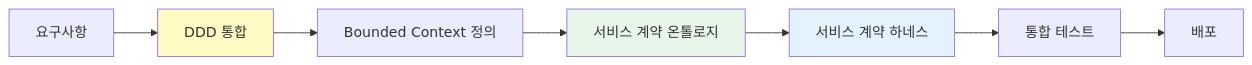
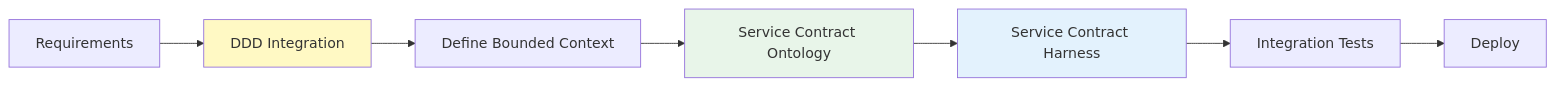
The second of 2 diagrams in docs/aidlc/enterprise/msa-complexity/pattern-guides/l1-l2-simple-msa.md (devfloor9/engineering-playbook), drawn with Mermaid before and after one commit. The commit also changed other lines of this file and 954 other files, not shown here.

````diff
--- a/docs/aidlc/enterprise/msa-complexity/pattern-guides/l1-l2-simple-msa.md
+++ b/docs/aidlc/enterprise/msa-complexity/pattern-guides/l1-l2-simple-msa.md
@@ -99,13 +99,13 @@
 ```mermaid
 graph LR
-    A[요구사항] --> B[DDD 통합]
-    B --> C[Bounded Context 정의]
-    C --> D[서비스 계약 온톨로지]
-    D --> E[서비스 계약 하네스]
-    E --> F[통합 테스트]
-    F --> G[배포]
+    A[Requirements] --> B[DDD Integration]
+    B --> C[Define Bounded Context]
+    C --> D[Service Contract Ontology]
+    D --> E[Service Contract Harness]
+    E --> F[Integration Tests]
+    F --> G[Deploy]
 
     style B fill:#FFF9C4
     style D fill:#E8F5E9
     style E fill:#E3F2FD
 ```
````
